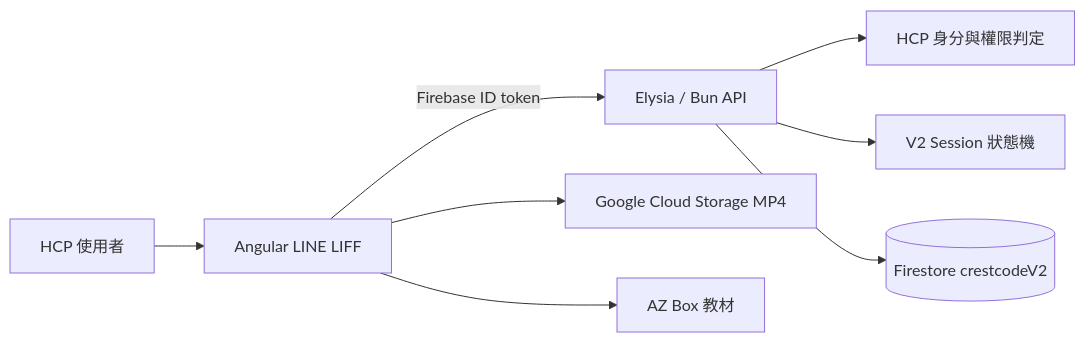
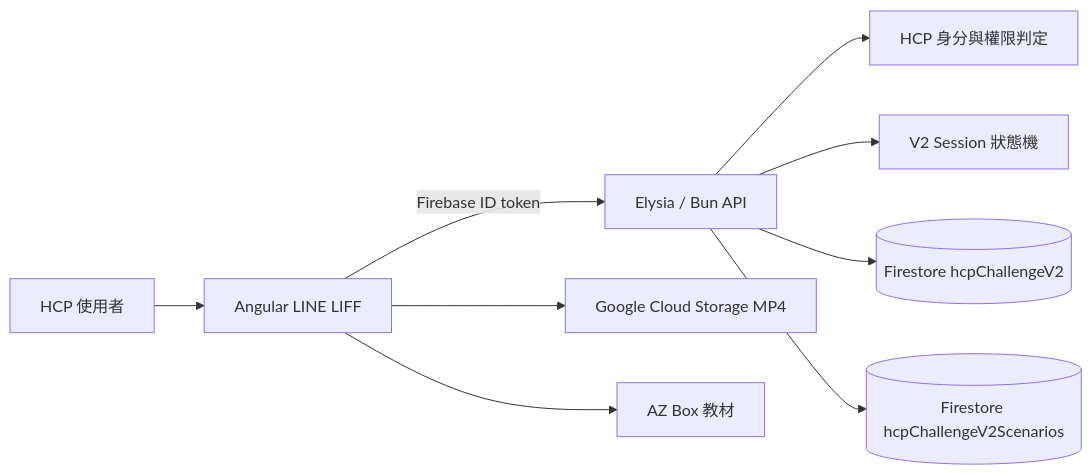
The diagram in content/internship/tasks/AZ_crestcode_V2-1.md (oscar940327/note-garden), drawn with Mermaid before and after one commit. The commit also changed other lines of this file, not shown here.

Commit message:
docs: update CRESTCODE V2 internship progress

````diff
--- a/content/internship/tasks/AZ_crestcode_V2-1.md
+++ b/content/internship/tasks/AZ_crestcode_V2-1.md
@@ -80,10 +87,11 @@
 ```mermaid
 flowchart LR
     HCP[HCP 使用者] --> LIFF[Angular LINE LIFF]
     LIFF -->|Firebase ID token| API[Elysia / Bun API]
     API --> ID[HCP 身分與權限判定]
     API --> FLOW[V2 Session 狀態機]
-    API --> DB[(Firestore crestcodeV2)]
+    API --> DB[(Firestore hcpChallengeV2)]
+    API --> CONTENT[(Firestore hcpChallengeV2Scenarios)]
     LIFF --> VIDEO[Google Cloud Storage MP4]
     LIFF --> MATERIAL[AZ Box 教材]
 ```
````
